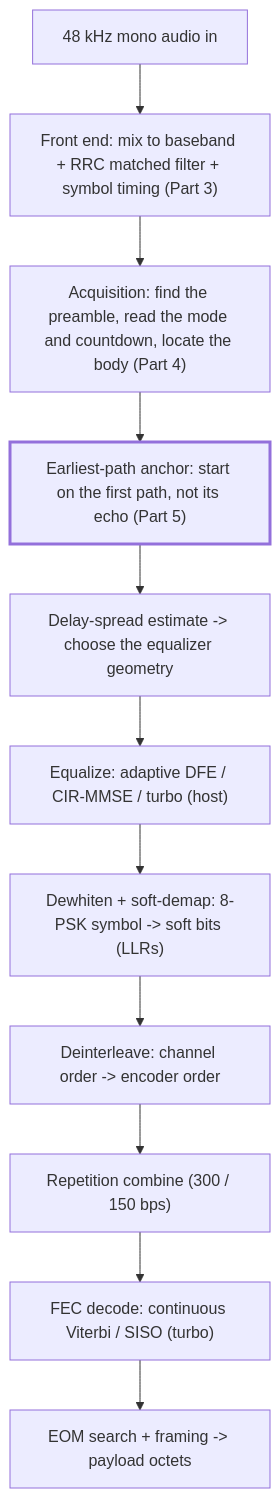
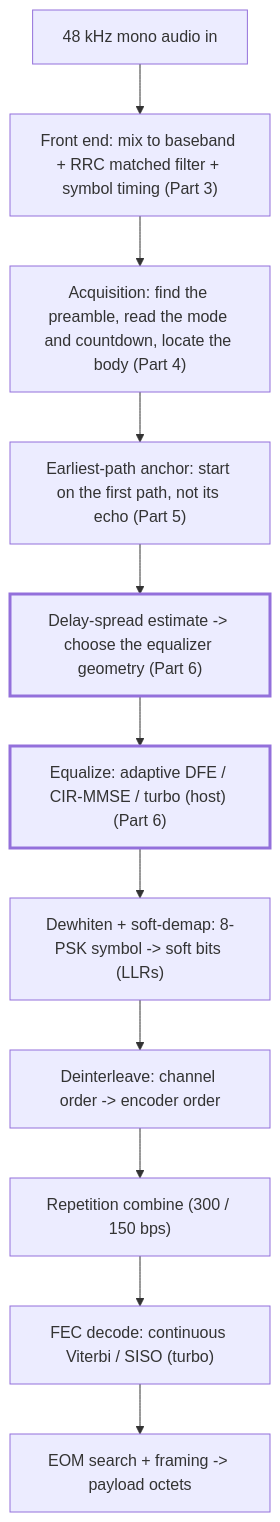
One commit to kg7hf/modem-core changed the second of 2 diagrams in docs/start-here.md. Above: the diagram before and after it, drawn with Mermaid. The commit also changed other lines of this file and 44 other files, not shown here.

````diff
--- a/docs/start-here.md
+++ b/docs/start-here.md
@@ -152,15 +159,15 @@
 ```mermaid
 flowchart TD
   A["48 kHz mono audio in"] --> B["Front end: mix to baseband + RRC matched filter + symbol timing (Part 3)"]
   B --> C["Acquisition: find the preamble, read the mode and countdown, locate the body (Part 4)"]
   C --> C2["Earliest-path anchor: start on the first path, not its echo (Part 5)"]
-  C2 --> D["Delay-spread estimate -> choose the equalizer geometry"]
-  D --> E["Equalize: adaptive DFE / CIR-MMSE / turbo (host)"]
+  C2 --> D["Delay-spread estimate -> choose the equalizer geometry (Part 6)"]
+  D --> E["Equalize: adaptive DFE / CIR-MMSE / turbo (host) (Part 6)"]
   E --> F["Dewhiten + soft-demap: 8-PSK symbol -> soft bits (LLRs)"]
   F --> G["Deinterleave: channel order -> encoder order"]
   G --> H["Repetition combine (300 / 150 bps)"]
   H --> I["FEC decode: continuous Viterbi / SISO (turbo)"]
   I --> J["EOM search + framing -> payload octets"]
   classDef next stroke-width:3px;
-  class C2 next;
+  class D,E next;
 ```
````
